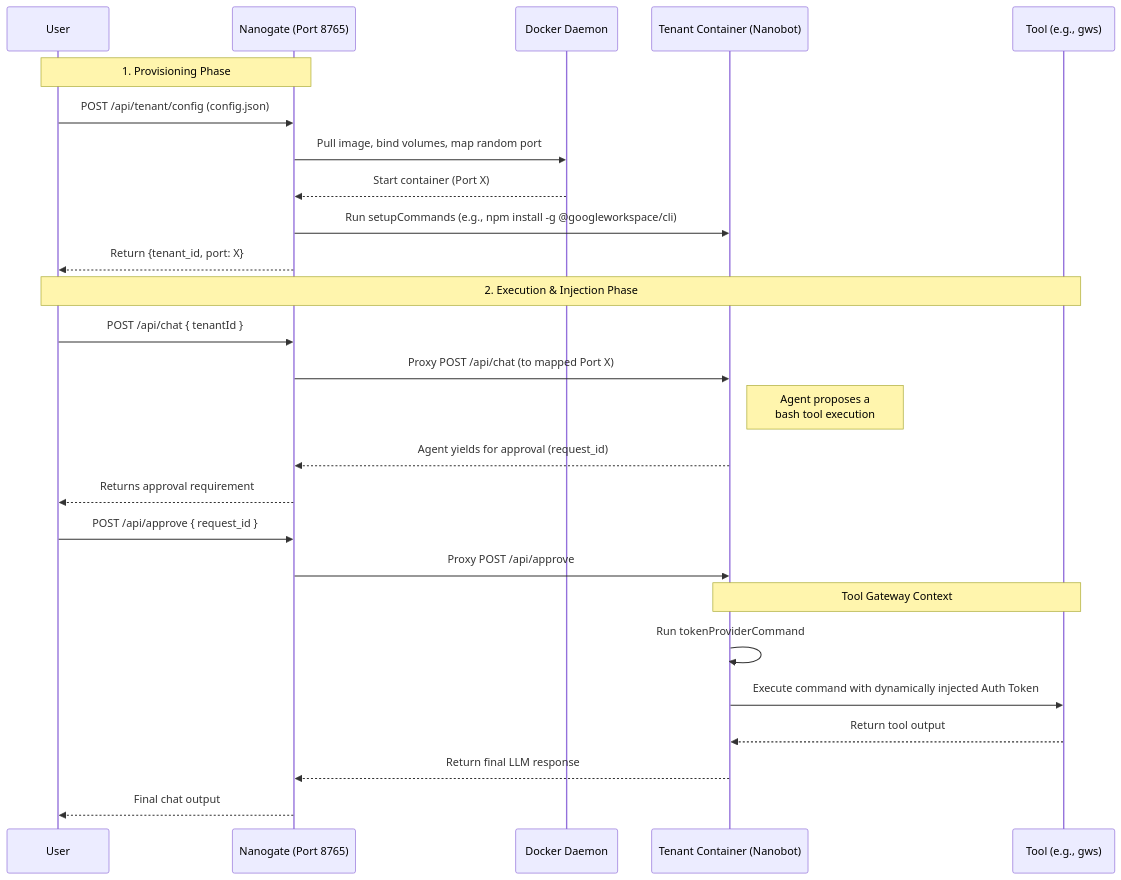
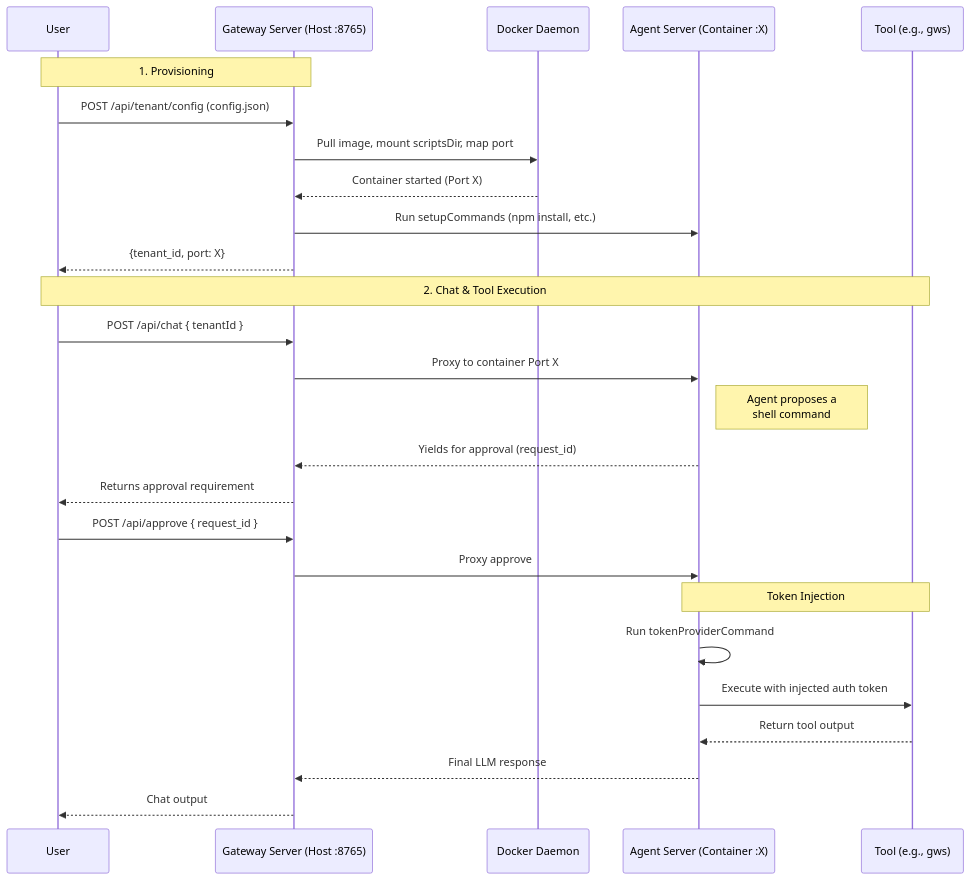
Before and after one commit to vinit-patel-athena/nanogate: the diagram in README.md, drawn with Mermaid. The commit also changed other lines of this file and 13 other files, not shown here.

Commit message:
adding agent server

````diff
--- a/README.md
+++ b/README.md
@@ -18,35 +26,35 @@
 ```mermaid
 sequenceDiagram
     participant User
-    participant Gateway as Nanogate (Port 8765)
+    participant Gateway as Gateway Server (Host :8765)
     participant Docker as Docker Daemon
-    participant Container as Tenant Container (Nanobot)
+    participant Agent as Agent Server (Container :X)
     participant CLI as Tool (e.g., gws)
 
     %% Provisioning Phase
-    Note over User,Gateway: 1. Provisioning Phase
+    Note over User,Gateway: 1. Provisioning
     User->>Gateway: POST /api/tenant/config (config.json)
-    Gateway->>Docker: Pull image, bind volumes, map random port
-    Docker-->>Gateway: Start container (Port X)
-    Gateway->>Container: Run setupCommands (e.g., npm install -g @googleworkspace/cli)
-    Gateway-->>User: Return {tenant_id, port: X}
+    Gateway->>Docker: Pull image, mount scriptsDir, map port
+    Docker-->>Gateway: Container started (Port X)
+    Gateway->>Agent: Run setupCommands (npm install, etc.)
+    Gateway-->>User: {tenant_id, port: X}
 
     %% Chat Phase
-    Note over User,CLI: 2. Execution & Injection Phase
+    Note over User,CLI: 2. Chat & Tool Execution
     User->>Gateway: POST /api/chat { tenantId }
-    Gateway->>Container: Proxy POST /api/chat (to mapped Port X)
-    
-    Note right of Container: Agent proposes a<br/>bash tool execution
-    Container-->>Gateway: Agent yields for approval (request_id)
+    Gateway->>Agent: Proxy to container Port X
+
+    Note right of Agent: Agent proposes a<br/>shell command
+    Agent-->>Gateway: Yields for approval (request_id)
     Gateway-->>User: Returns approval requirement
-    
+
     User->>Gateway: POST /api/approve { request_id }
-    Gateway->>Container: Proxy POST /api/approve
-    
-    Note over Container,CLI: Tool Gateway Context
-    Container->>Container: Run tokenProviderCommand
-    Container->>CLI: Execute command with dynamically injected Auth Token
-    CLI-->>Container: Return tool output
-    Container-->>Gateway: Return final LLM response
-    Gateway-->>User: Final chat output
+    Gateway->>Agent: Proxy approve
+
+    Note over Agent,CLI: Token Injection
+    Agent->>Agent: Run tokenProviderCommand
+    Agent->>CLI: Execute with injected auth token
+    CLI-->>Agent: Return tool output
+    Agent-->>Gateway: Final LLM response
+    Gateway-->>User: Chat output
 ```
````
